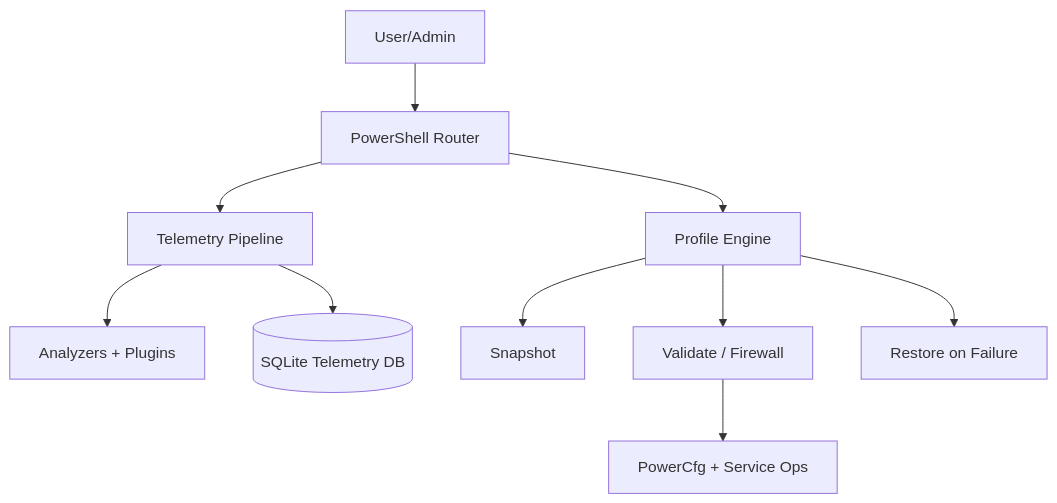
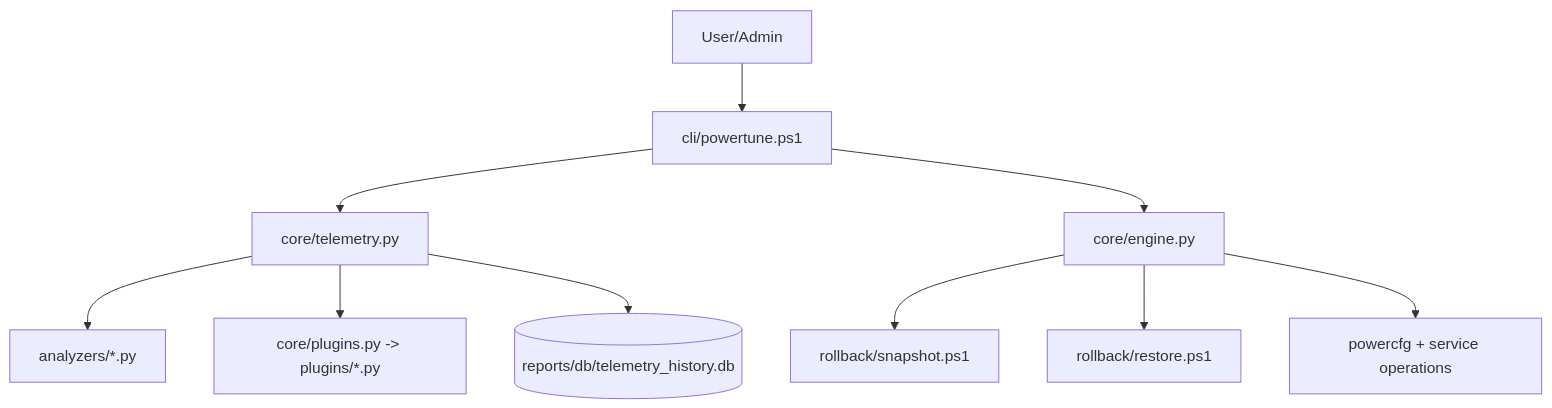
The diagram in README.md (Sarvadnya07/powertune), drawn with Mermaid before and after one commit. The commit also changed other lines of this file and 15 other files, not shown here.

````diff
--- a/README.md
+++ b/README.md
@@ -31,12 +44,12 @@
 ```mermaid
 flowchart TD
-  A[User/Admin] --> B[PowerShell Router]
-  B --> C[Telemetry Pipeline]
-  B --> D[Profile Engine]
-  C --> E[Analyzers + Plugins]
-  C --> F[(SQLite Telemetry DB)]
-  D --> G[Snapshot]
-  D --> H[Validate / Firewall]
-  H --> I[PowerCfg + Service Ops]
-  D --> J[Restore on Failure]
+  U[User/Admin] --> PS[cli/powertune.ps1]
+  PS --> TEL[core/telemetry.py]
+  PS --> ENG[core/engine.py]
+  TEL --> AN[analyzers/*.py]
+  TEL --> PL[core/plugins.py -> plugins/*.py]
+  TEL --> DB[(reports/db/telemetry_history.db)]
+  ENG --> SNAP[rollback/snapshot.ps1]
+  ENG --> REST[rollback/restore.ps1]
+  ENG --> SYS[powercfg + service operations]
 ```
````
